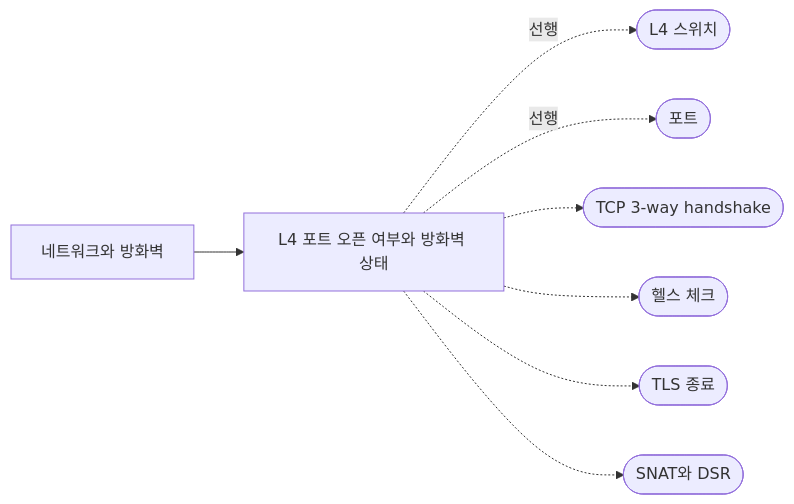
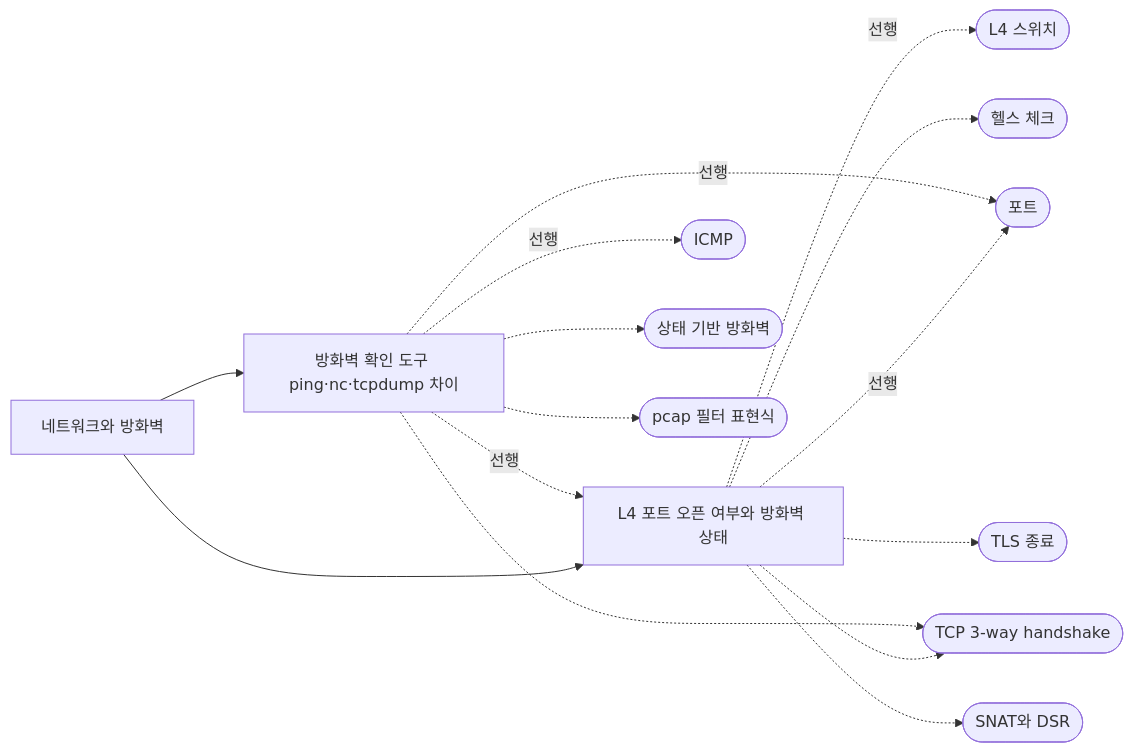
Before and after one commit to THproger13/til-vault: the diagram in 10-concepts/네트워크와 방화벽.md, drawn with Mermaid. The commit also changed other lines of this file and 6 other files, not shown here.

First line of the commit message:
[claude] 저녁 답변: 방화벽 확인 도구 ping·nc·tcpdump 차이

````diff
--- a/10-concepts/네트워크와 방화벽.md
+++ b/10-concepts/네트워크와 방화벽.md
@@ -33,10 +34,17 @@
 ```mermaid
 flowchart LR
   NW["네트워크와 방화벽"] --> L4P["L4 포트 오픈 여부와 방화벽 상태"]
   L4P -.->|선행| L4S(["L4 스위치"])
   L4P -.->|선행| PORT(["포트"])
   L4P -.-> TCP(["TCP 3-way handshake"])
   L4P -.-> HC(["헬스 체크"])
   L4P -.-> TLS(["TLS 종료"])
   L4P -.-> NAT(["SNAT와 DSR"])
+  NW --> TOOL["방화벽 확인 도구 ping·nc·tcpdump 차이"]
+  TOOL -.->|선행| L4P
+  TOOL -.->|선행| ICMP(["ICMP"])
+  TOOL -.->|선행| PORT
+  TOOL -.-> TCP
+  TOOL -.-> SF(["상태 기반 방화벽"])
+  TOOL -.-> PCAP(["pcap 필터 표현식"])
 ```
````
